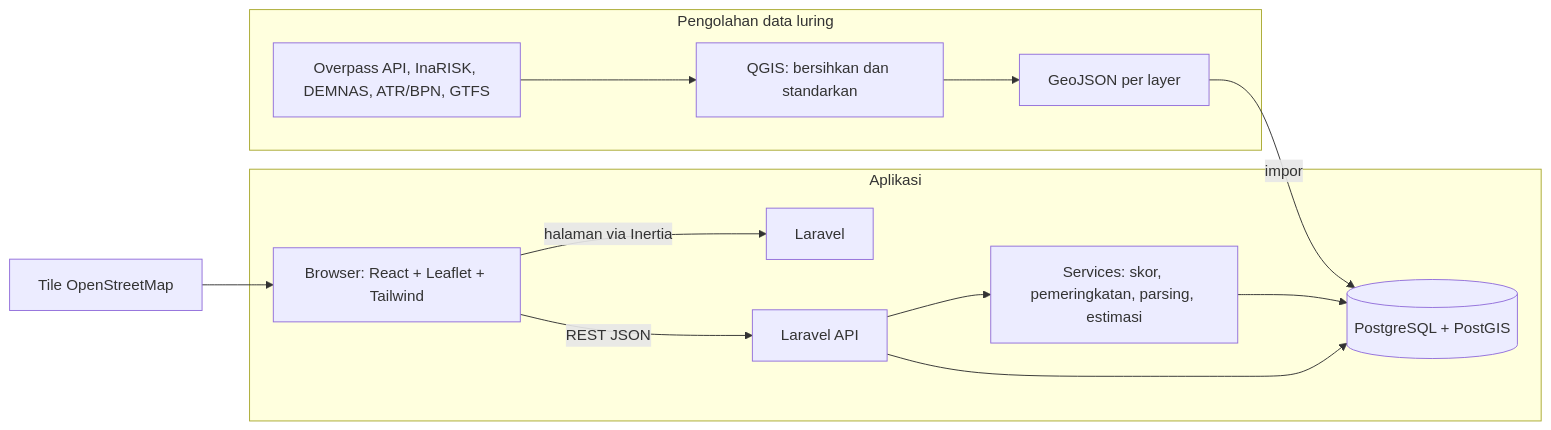
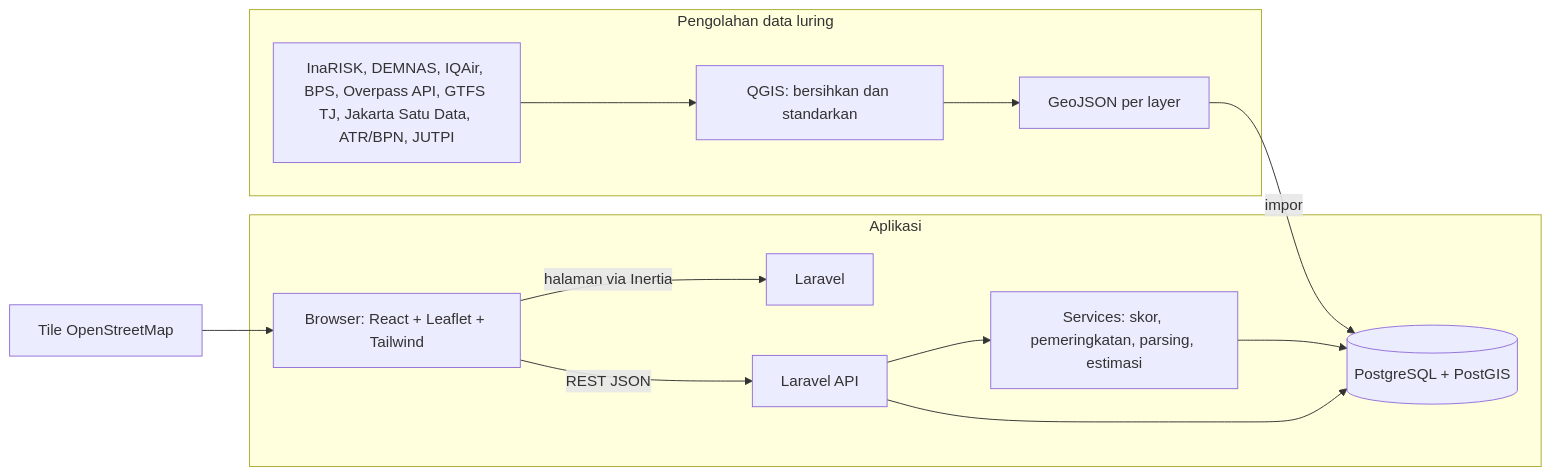
The second of 2 diagrams in prd.md (farrelzaki/NalarRuang), drawn with Mermaid before and after one commit. The commit also changed other lines of this file and 12 other files, not shown here.

````diff
--- a/prd.md
+++ b/prd.md
@@ -483,16 +503,16 @@
 ```mermaid
 flowchart LR
     subgraph Luring[Pengolahan data luring]
-        SRC[Overpass API, InaRISK, DEMNAS, ATR/BPN, GTFS] --> QGIS[QGIS: bersihkan dan standarkan]
+        SRC[InaRISK, DEMNAS, IQAir, BPS, Overpass API, GTFS TJ, Jakarta Satu Data, ATR/BPN, JUTPI] --> QGIS[QGIS: bersihkan dan standarkan]
         QGIS --> GJ[GeoJSON per layer]
     end
     GJ -->|impor| DB[(PostgreSQL + PostGIS)]
     subgraph Aplikasi
         BR[Browser: React + Leaflet + Tailwind] -->|halaman via Inertia| LV[Laravel]
         BR -->|REST JSON| API[Laravel API]
         API --> SVC[Services: skor, pemeringkatan, parsing, estimasi]
         SVC --> DB
         API --> DB
     end
     OSM[Tile OpenStreetMap] --> BR
 ```
````
